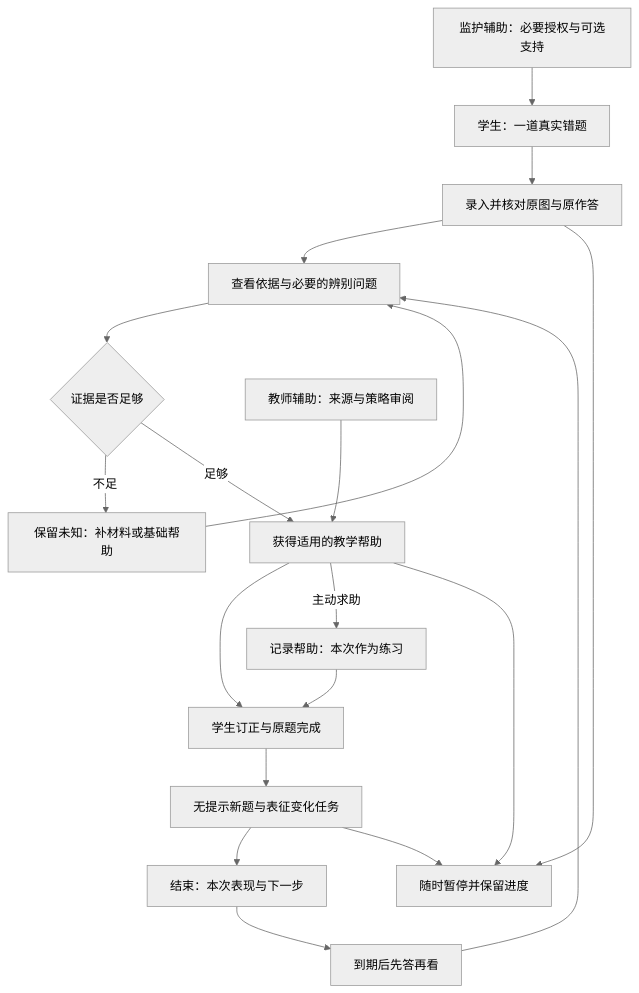
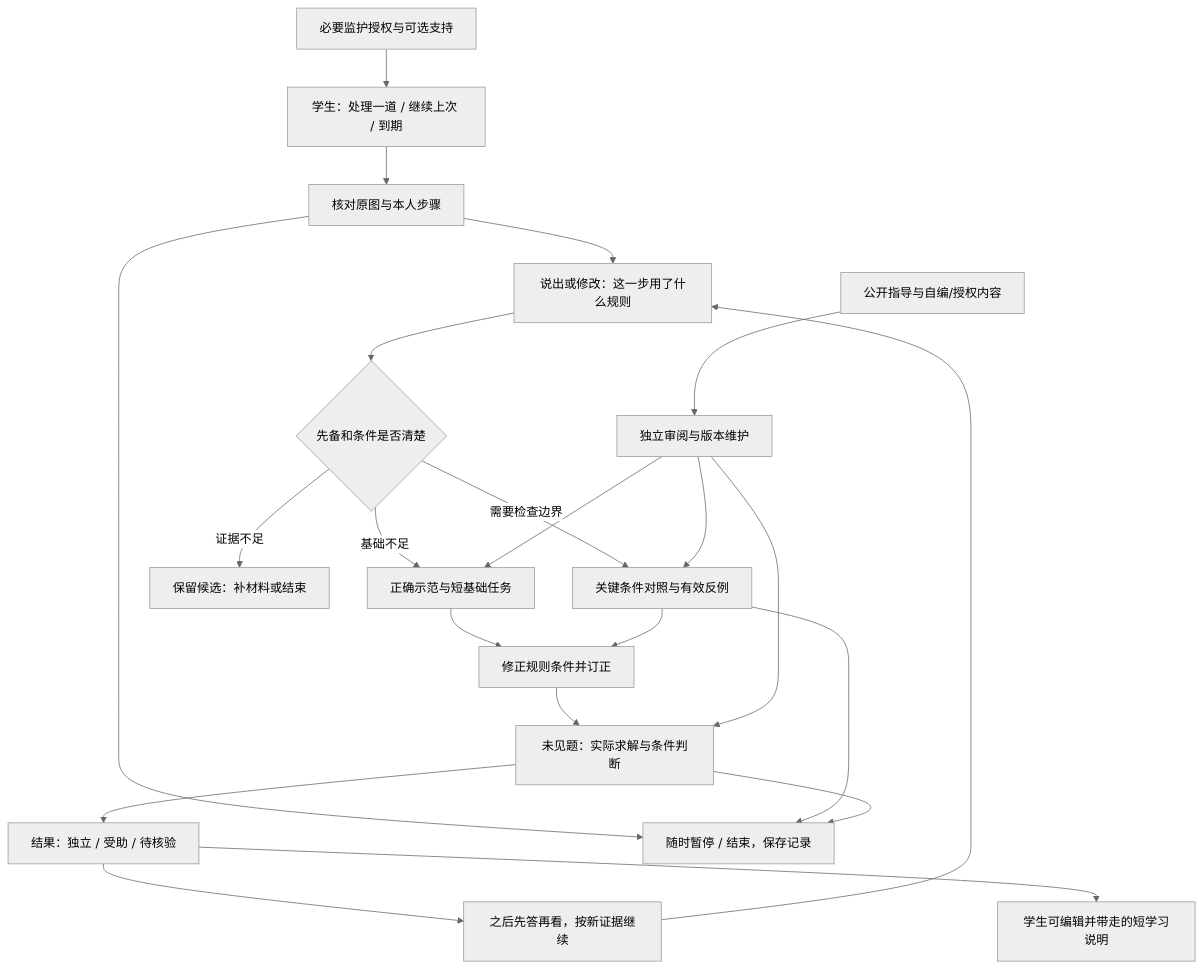
Before and after one commit to Baxxhy/cuoti: the diagram in docs/strategy/shicheng_20261105/19_PRODUCT_MAP.md, drawn with Mermaid (neutral theme). The commit also changed other lines of this file and 126 other files, not shown here.

````diff
--- a/docs/strategy/shicheng_20261105/19_PRODUCT_MAP.md
+++ b/docs/strategy/shicheng_20261105/19_PRODUCT_MAP.md
@@ -5,21 +5,24 @@
 ```mermaid
 flowchart TD
-  E[学生：一道真实错题] --> I[录入并核对原图与原作答]
-  I --> D[查看依据与必要的辨别问题]
-  D --> U{证据是否足够}
-  U -->|不足| Q[保留未知：补材料或基础帮助]
-  Q --> D
-  U -->|足够| H[获得适用的教学帮助]
-  T[教师辅助：来源与策略审阅] --> H
-  H --> A[学生订正与原题完成]
-  A --> N[无提示新题与表征变化任务]
-  N --> R[结束：本次表现与下一步]
-  R --> L[到期后先答再看]
-  L --> D
-  H -->|主动求助| P[记录帮助：本次作为练习]
-  P --> A
-  I --> S[随时暂停并保留进度]
-  H --> S
+  E[学生：处理一道 / 继续上次 / 到期] --> I[核对原图与本人步骤]
+  I --> R[说出或修改：这一步用了什么规则]
+  R --> P{先备和条件是否清楚}
+  P -->|基础不足| B[正确示范与短基础任务]
+  P -->|证据不足| U[保留候选：补材料或结束]
+  P -->|需要检查边界| C[关键条件对照与有效反例]
+  B --> M[修正规则条件并订正]
+  C --> M
+  M --> N[未见题：实际求解与条件判断]
+  N --> O[结果：独立 / 受助 / 待核验]
+  O --> L[之后先答再看，按新证据继续]
+  L --> R
+  T[公开指导与自编/授权内容] --> A[独立审阅与版本维护]
+  A --> B
+  A --> C
+  A --> N
+  G[必要监护授权与可选支持] --> E
+  I --> S[随时暂停 / 结束，保存记录]
+  C --> S
   N --> S
-  G[监护辅助：必要授权与可选支持] --> E
+  O --> H[学生可编辑并带走的短学习说明]
 ```
````
